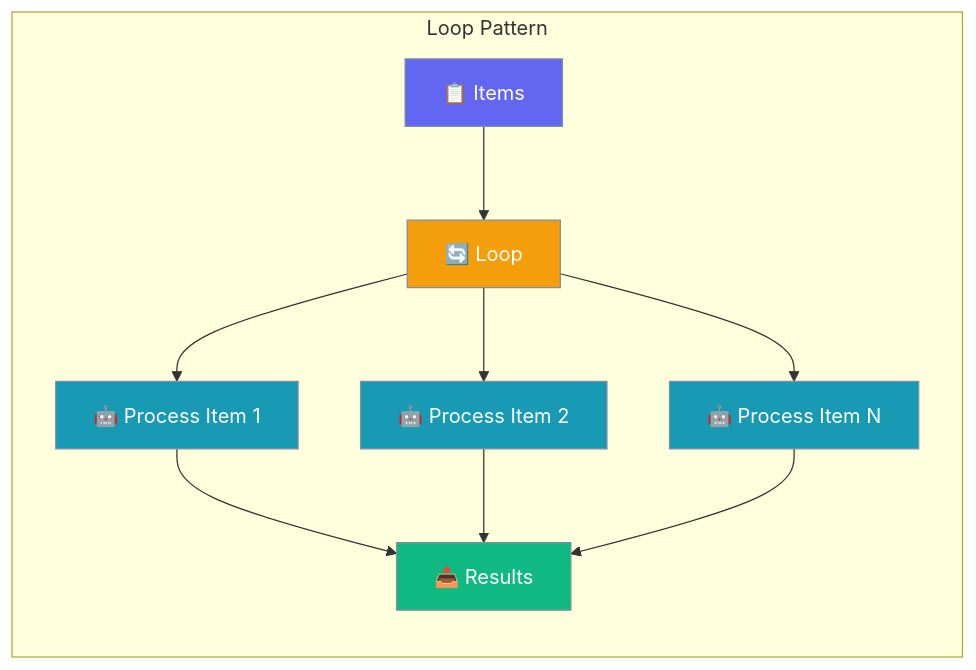
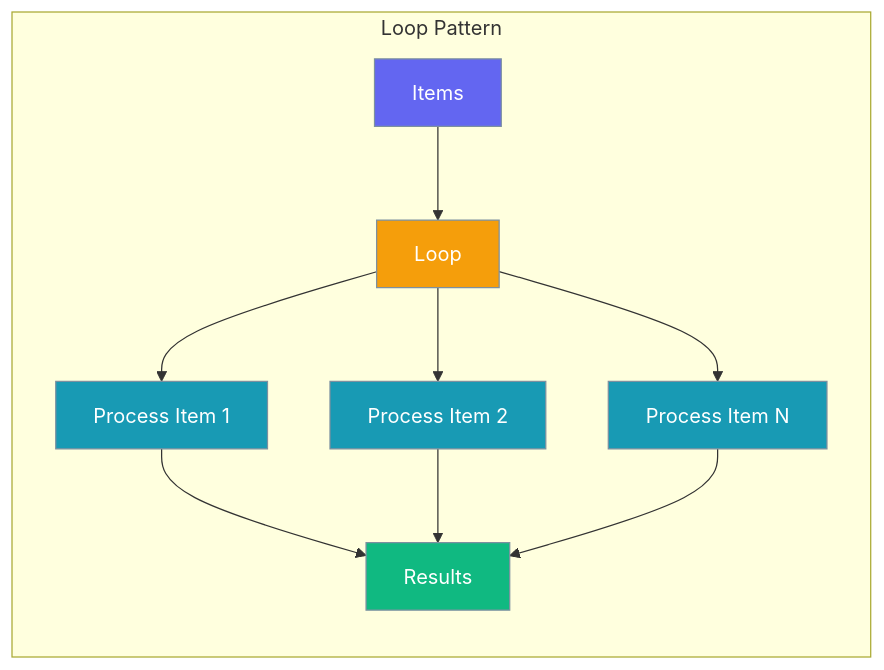
The fifth of 5 diagrams in docs/concepts/agentflow.mdx (MervinPraison/PraisonAIDocs), drawn with Mermaid before and after one commit. The commit also changed other lines of this file, not shown here.

Commit message:
Fix Mermaid diagrams: remove emojis for better rendering

````diff
--- a/docs/concepts/agentflow.mdx
+++ b/docs/concepts/agentflow.mdx
@@ -218,19 +218,19 @@
 ```mermaid
 flowchart LR
     subgraph Loop["Loop Pattern"]
-        A["📋 Items"] --> B["🔄 Loop"]
-        B --> C["🤖 Process Item 1"]
-        B --> D["🤖 Process Item 2"]
-        B --> E["🤖 Process Item N"]
-        C --> F["📤 Results"]
+        A["Items"] --> B["Loop"]
+        B --> C["Process Item 1"]
+        B --> D["Process Item 2"]
+        B --> E["Process Item N"]
+        C --> F["Results"]
         D --> F
         E --> F
     end
     
     style A fill:#6366F1,stroke:#7C90A0,color:#fff
     style B fill:#F59E0B,stroke:#7C90A0,color:#fff
     style C fill:#189AB4,stroke:#7C90A0,color:#fff
     style D fill:#189AB4,stroke:#7C90A0,color:#fff
     style E fill:#189AB4,stroke:#7C90A0,color:#fff
     style F fill:#10B981,stroke:#7C90A0,color:#fff
 ```
````
